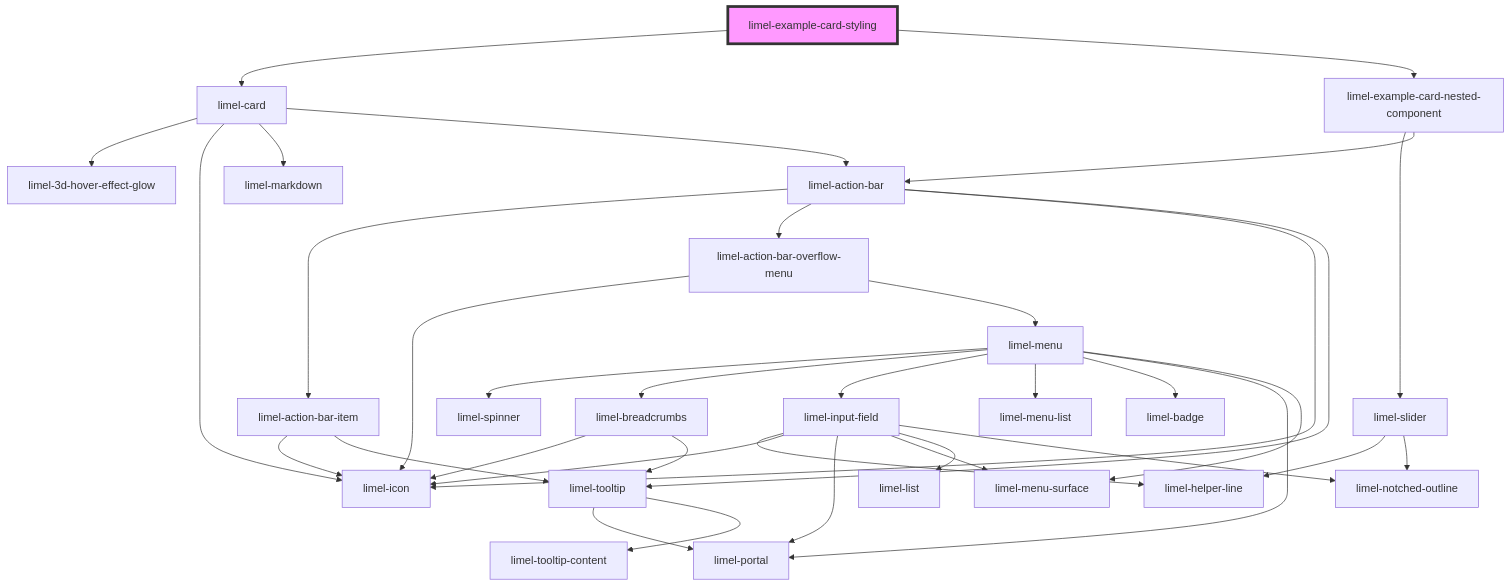
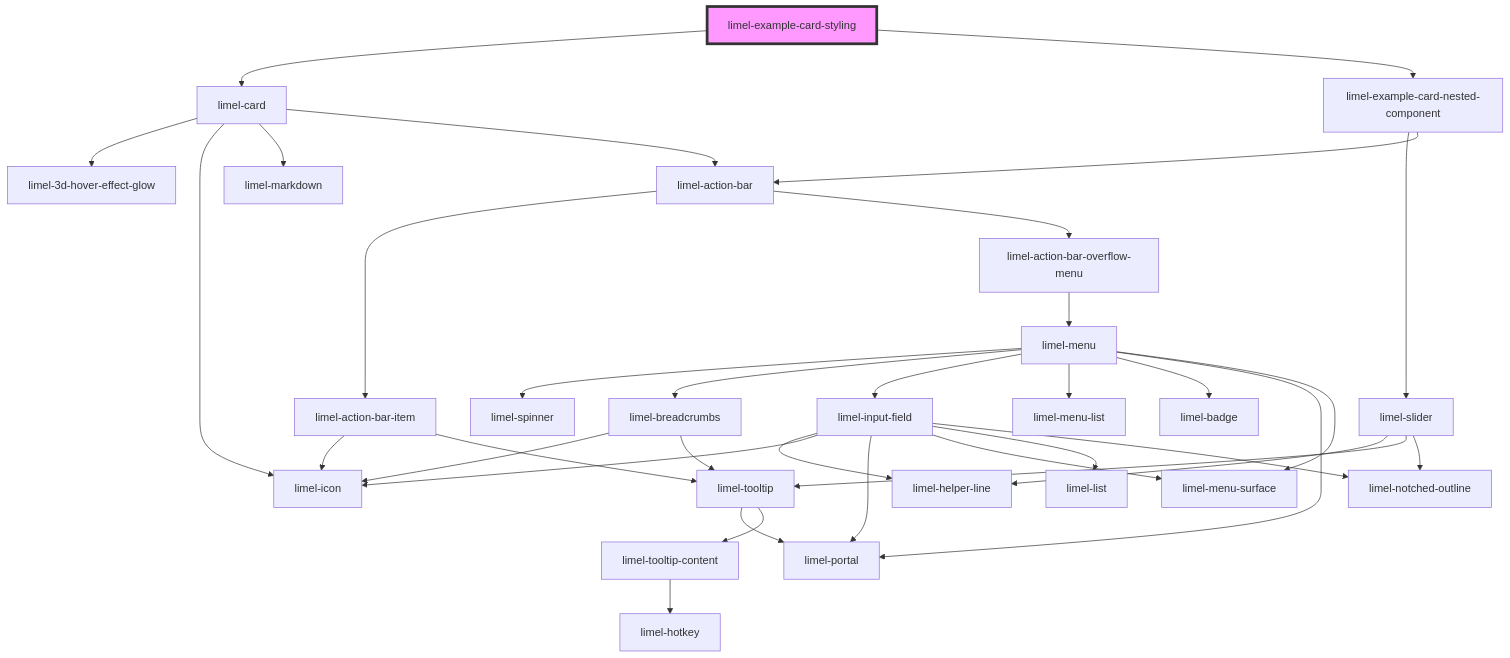
The diagram in versions/PR-3990/markdown-docs/components/card/examples/readme.md (Lundalogik/lime-elements), drawn with Mermaid before and after one commit. The commit also changed 1095 other files, not shown here.

````diff
--- a/versions/PR-3990/markdown-docs/components/card/examples/readme.md
+++ b/versions/PR-3990/markdown-docs/components/card/examples/readme.md
@@ -19,39 +19,38 @@
 ```mermaid
 graph TD;
   limel-example-card-styling --> limel-card
   limel-example-card-styling --> limel-example-card-nested-component
   limel-card --> limel-3d-hover-effect-glow
   limel-card --> limel-icon
   limel-card --> limel-markdown
   limel-card --> limel-action-bar
   limel-action-bar --> limel-action-bar-item
   limel-action-bar --> limel-action-bar-overflow-menu
-  limel-action-bar --> limel-icon
-  limel-action-bar --> limel-tooltip
   limel-action-bar-item --> limel-icon
   limel-action-bar-item --> limel-tooltip
   limel-tooltip --> limel-portal
   limel-tooltip --> limel-tooltip-content
-  limel-action-bar-overflow-menu --> limel-icon
+  limel-tooltip-content --> limel-hotkey
   limel-action-bar-overflow-menu --> limel-menu
   limel-menu --> limel-spinner
   limel-menu --> limel-breadcrumbs
   limel-menu --> limel-input-field
   limel-menu --> limel-menu-list
   limel-menu --> limel-badge
   limel-menu --> limel-portal
   limel-menu --> limel-menu-surface
   limel-breadcrumbs --> limel-icon
   limel-breadcrumbs --> limel-tooltip
   limel-input-field --> limel-helper-line
   limel-input-field --> limel-icon
   limel-input-field --> limel-portal
   limel-input-field --> limel-menu-surface
   limel-input-field --> limel-list
   limel-input-field --> limel-notched-outline
   limel-example-card-nested-component --> limel-slider
   limel-example-card-nested-component --> limel-action-bar
   limel-slider --> limel-helper-line
+  limel-slider --> limel-tooltip
   limel-slider --> limel-notched-outline
   style limel-example-card-styling fill:#f9f,stroke:#333,stroke-width:4px
 ```
````
